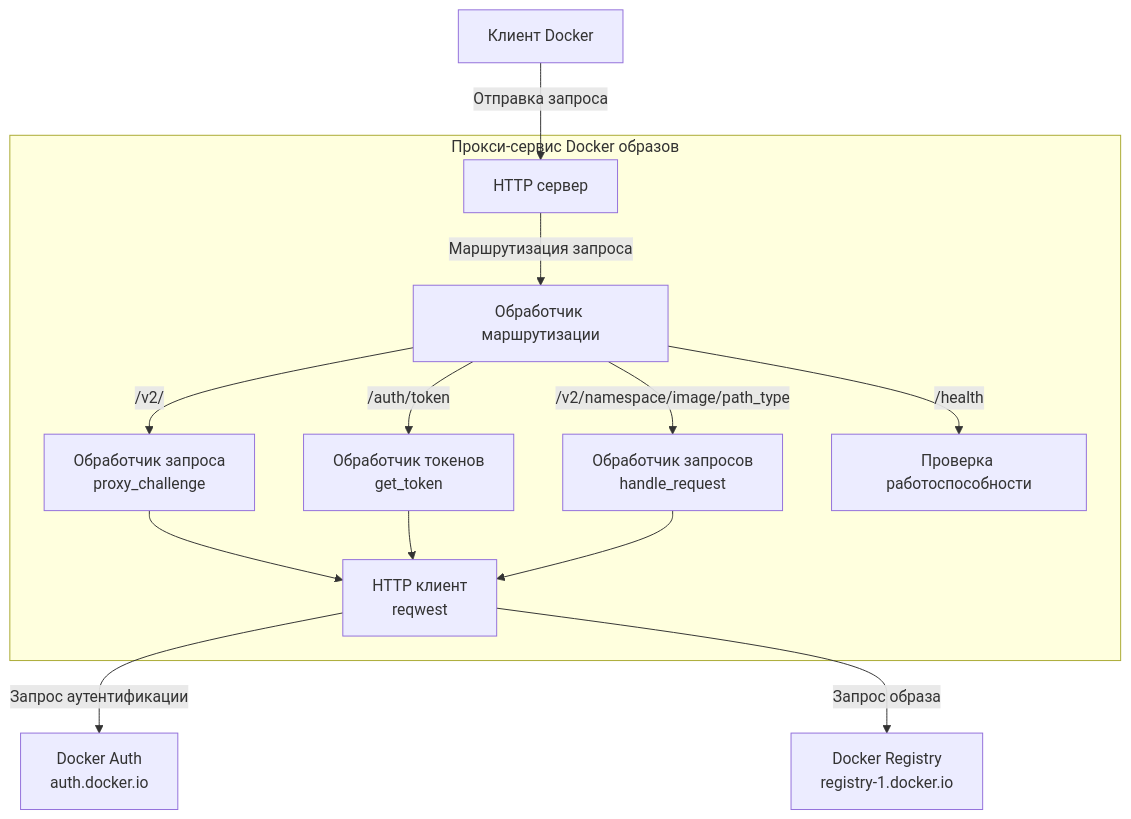
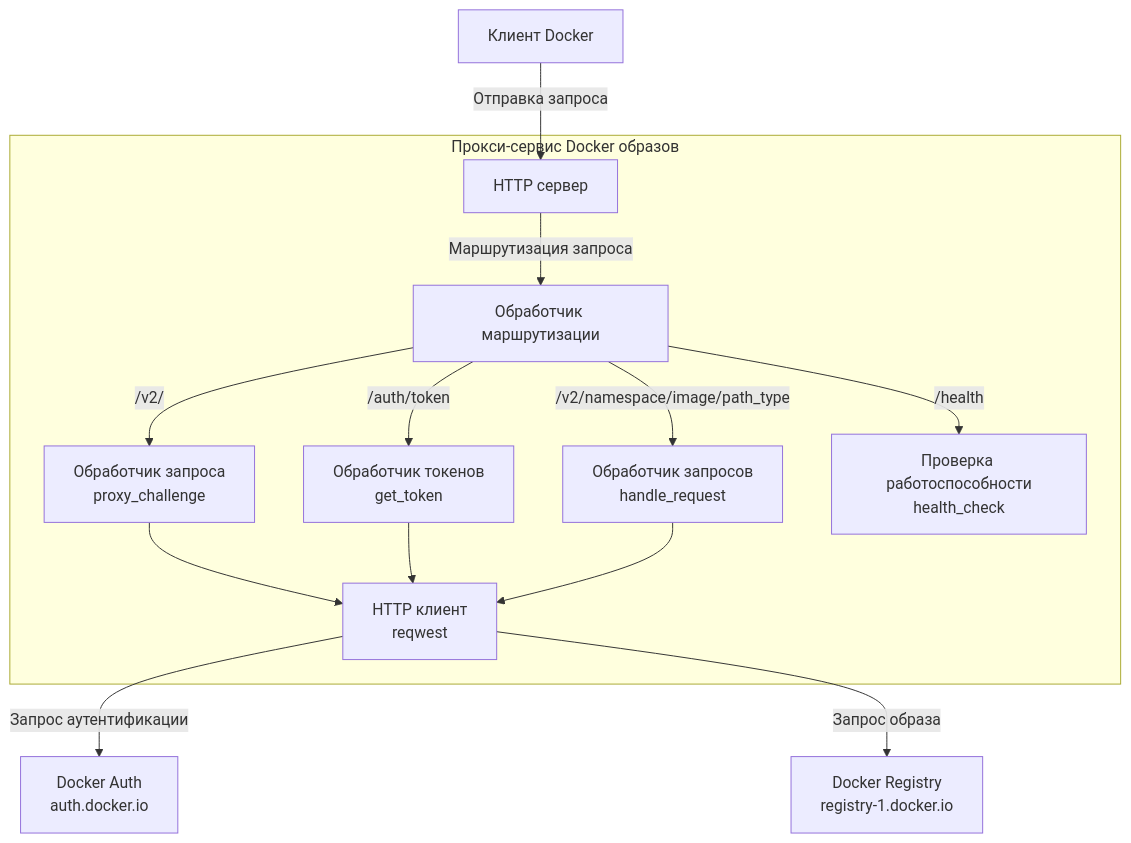
The first of 3 diagrams in README_RU.md (harrisonwang/docxy), drawn with Mermaid before and after one commit. The commit also changed other lines of this file and 7 other files, not shown here.

````diff
--- a/README_RU.md
+++ b/README_RU.md
@@ -64,23 +61,23 @@
 ```mermaid
 graph TD
     Client[Клиент Docker] -->|Отправка запроса| HttpServer[HTTP сервер]
     
     subgraph "Прокси-сервис Docker образов"
         HttpServer -->|Маршрутизация запроса| RouterHandler[Обработчик маршрутизации]
         
         RouterHandler -->|/v2/| ChallengeHandler[Обработчик запроса<br>proxy_challenge]
         RouterHandler -->|/auth/token| TokenHandler[Обработчик токенов<br>get_token]
         RouterHandler -->|/v2/namespace/image/path_type| RequestHandler[Обработчик запросов<br>handle_request]
-        RouterHandler -->|/health| HealthCheck[Проверка работоспособности]
+        RouterHandler -->|/health| HealthCheck[Проверка работоспособности<br>health_check]
         
         ChallengeHandler --> HttpClient
         TokenHandler --> HttpClient
         RequestHandler --> HttpClient
         
     end
     
     HttpClient[HTTP клиент<br>reqwest]
     
     HttpClient -->|Запрос аутентификации| DockerAuth[Docker Auth<br>auth.docker.io]
     HttpClient -->|Запрос образа| DockerRegistry[Docker Registry<br>registry-1.docker.io]
 ```
````
